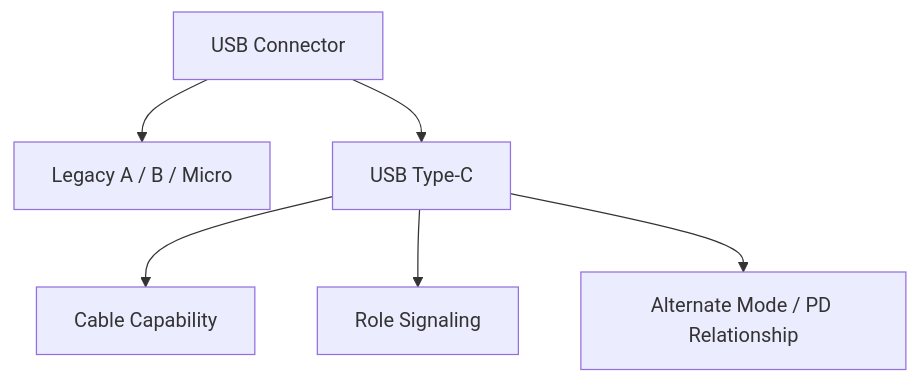
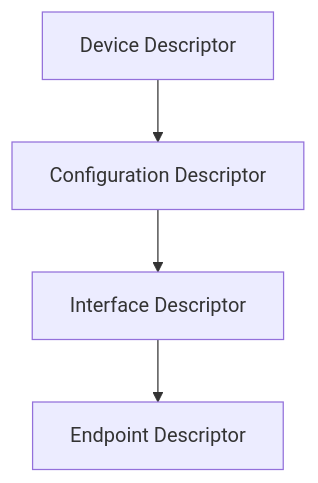
The fifth of 13 diagrams in books/usb-from-spec/figures-final.md (goura32/techbook), drawn with Mermaid before and after one commit. The commit also changed other lines of this file and 38 other files, not shown here.

````diff
--- a/books/usb-from-spec/figures-final.md
+++ b/books/usb-from-spec/figures-final.md
@@ -47,8 +73,6 @@
 ```mermaid
 flowchart TD
-  A["USB Connector"] --> B["Legacy A / B / Micro"]
-  A --> C["USB Type-C"]
-  C --> D["Cable Capability"]
-  C --> E["Role Signaling"]
-  C --> F["Alternate Mode / PD Relationship"]
+  D["Device Descriptor"] --> C["Configuration Descriptor"]
+  C --> I["Interface Descriptor"]
+  I --> E["Endpoint Descriptor"]
 ```
````
